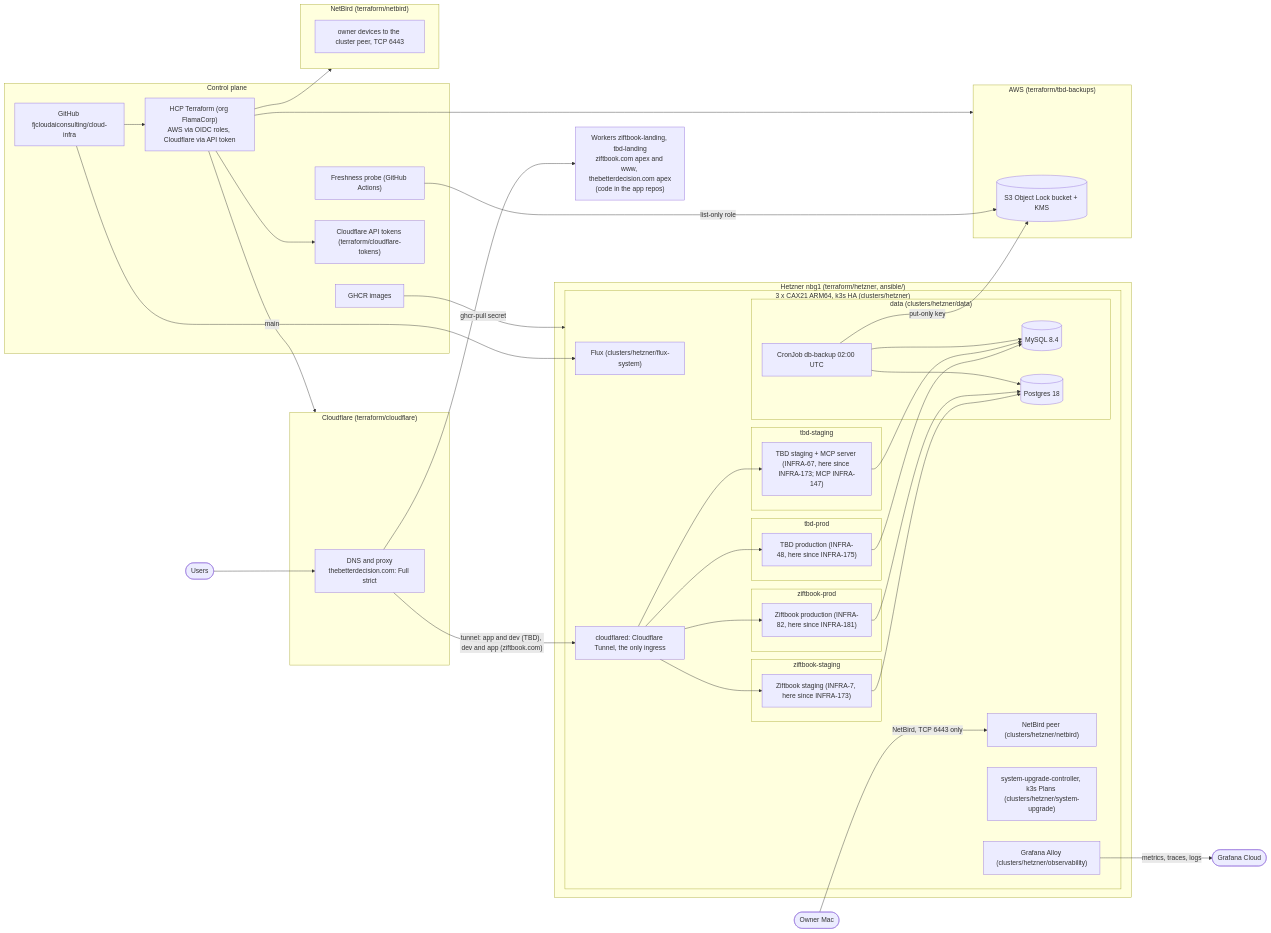
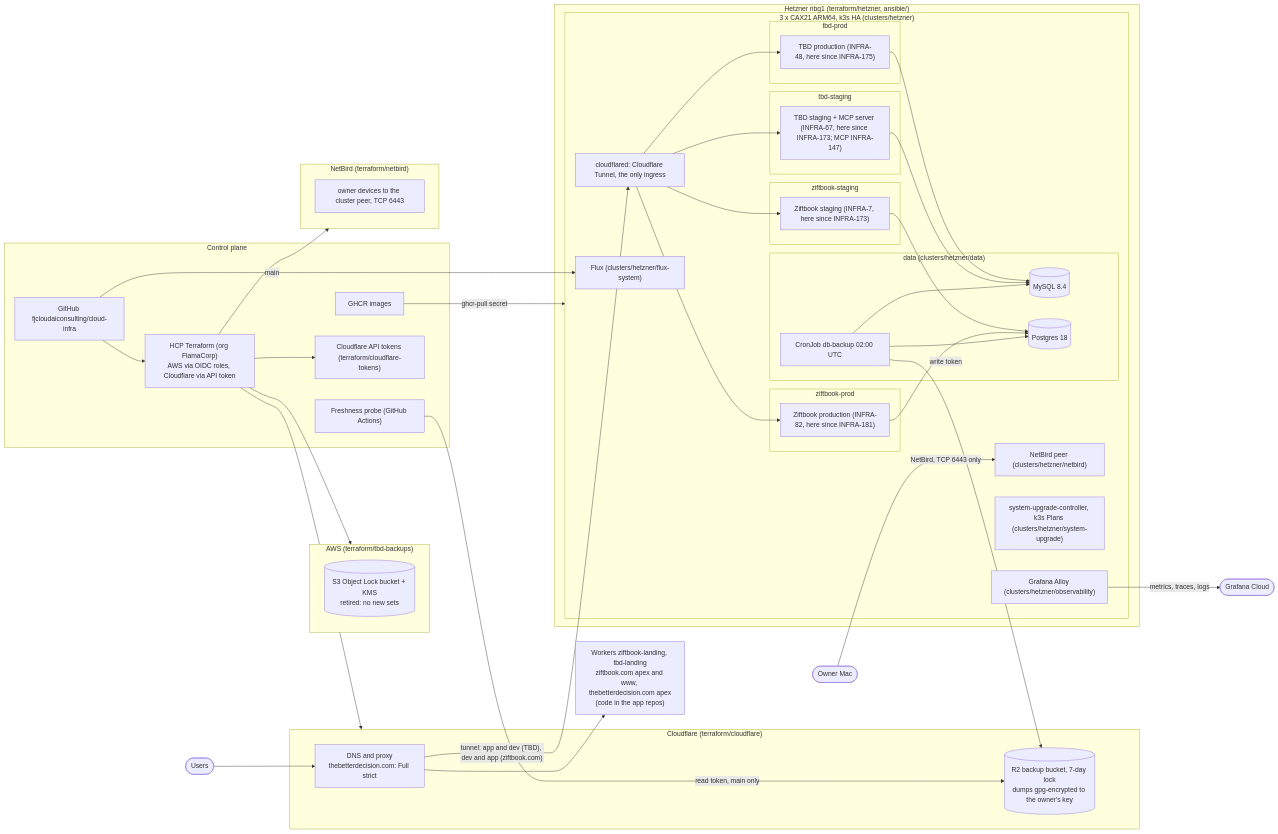
Before and after one commit to fjcloudaiconsulting/cloud-infra: the diagram in docs/architecture.md, drawn with Mermaid. The commit also changed other lines of this file and 6 other files, not shown here.

First line of the commit message:
feat(data): nightly backups only to the encrypted bucket copy (INFRA-203) (#359)

````diff
--- a/docs/architecture.md
+++ b/docs/architecture.md
@@ -8,63 +8,64 @@
 ```mermaid
 flowchart LR
   user([Users]) --> cf
 
   subgraph cloudflare["Cloudflare (terraform/cloudflare)"]
     cf["DNS and proxy<br/>thebetterdecision.com: Full strict"]
+    r2[("R2 backup bucket, 7-day lock<br/>dumps gpg-encrypted to the owner's key")]
   end
   worker["Workers ziftbook-landing, tbd-landing<br/>ziftbook.com apex and www, thebetterdecision.com apex<br/>(code in the app repos)"]
   cf --> worker
 
   subgraph hetzner["Hetzner nbg1 (terraform/hetzner, ansible/)"]
     subgraph hk3s["3 x CAX21 ARM64, k3s HA (clusters/hetzner)"]
       cfd["cloudflared: Cloudflare Tunnel, the only ingress"]
       flux["Flux (clusters/hetzner/flux-system)"]
       netbird["NetBird peer (clusters/hetzner/netbird)"]
       alloy["Grafana Alloy (clusters/hetzner/observability)"]
       suc["system-upgrade-controller, k3s Plans (clusters/hetzner/system-upgrade)"]
       subgraph ns_tbdp["tbd-prod"]
         tbdprod["TBD production (INFRA-48, here since INFRA-175)"]
       end
       subgraph ns_tbds["tbd-staging"]
         tbdstg["TBD staging + MCP server (INFRA-67, here since INFRA-173; MCP INFRA-147)"]
       end
       subgraph ns_zif["ziftbook-staging"]
         zifapp["Ziftbook staging (INFRA-7, here since INFRA-173)"]
       end
       subgraph ns_zifp["ziftbook-prod"]
         zifprod["Ziftbook production (INFRA-82, here since INFRA-181)"]
       end
       subgraph hdata["data (clusters/hetzner/data)"]
         hmysql[("MySQL 8.4")]
         hpostgres[("Postgres 18")]
         hbackup["CronJob db-backup 02:00 UTC"]
       end
     end
   end
   cf -->|"tunnel: app and dev (TBD), dev and app (ziftbook.com)"| cfd --> tbdprod & tbdstg & zifapp & zifprod
   tbdprod & tbdstg --> hmysql
   zifapp & zifprod --> hpostgres
   hbackup --> hmysql & hpostgres
 
   subgraph aws_backups["AWS (terraform/tbd-backups)"]
-    bucket[("S3 Object Lock bucket + KMS")]
+    bucket[("S3 Object Lock bucket + KMS<br/>retired: no new sets")]
   end
-  hbackup -->|"put-only key"| bucket
+  hbackup -->|"write token"| r2
   alloy -->|"metrics, traces, logs"| grafana(["Grafana Cloud"])
-  probe -->|"list-only role"| bucket
+  probe -->|"read token, main only"| r2
 
   subgraph control["Control plane"]
     gh["GitHub fjcloudaiconsulting/cloud-infra"]
     tfc["HCP Terraform (org FlamaCorp)<br/>AWS via OIDC roles, Cloudflare via API token"]
     ghcr["GHCR images"]
     probe["Freshness probe (GitHub Actions)"]
     cftok["Cloudflare API tokens (terraform/cloudflare-tokens)"]
   end
   subgraph netbird_cloud["NetBird (terraform/netbird)"]
     nbpolicy["owner devices to the cluster peer, TCP 6443"]
   end
   gh --> tfc --> aws_backups & cloudflare & cftok & netbird_cloud
   gh -->|"main"| flux
   ghcr -->|"ghcr-pull secret"| hk3s
   owner([Owner Mac]) -->|"NetBird, TCP 6443 only"| netbird
 ```
````
